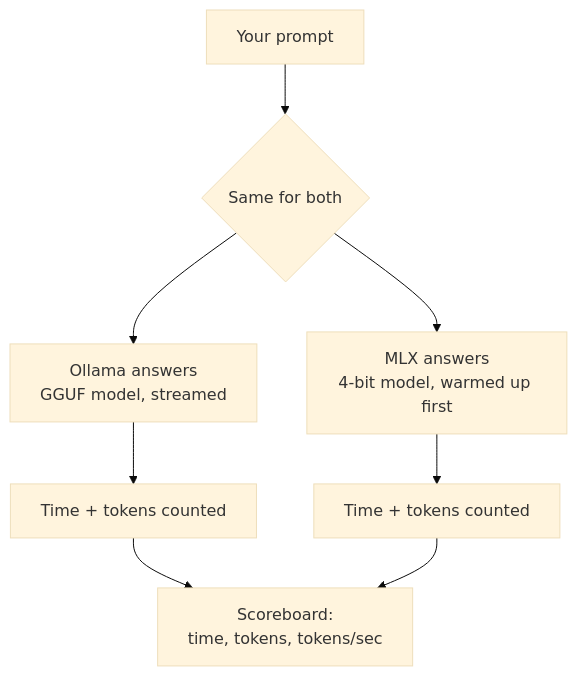
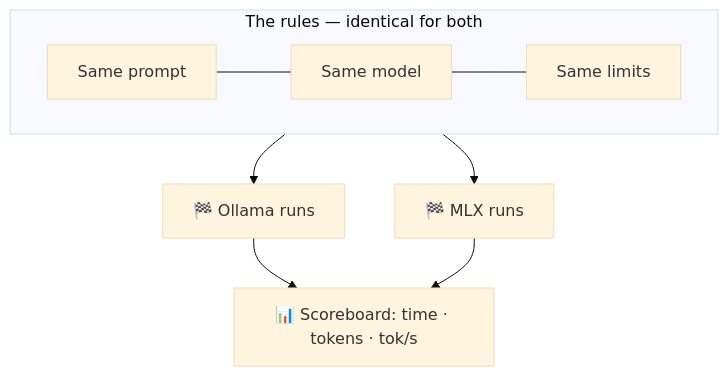
One commit to Rayan-and-beyond/LLM-MLX-Test changed the diagram in README.md. Above: the diagram before and after it, drawn with Mermaid (base theme).

````diff
--- a/README.md
+++ b/README.md
@@ -33,10 +33,11 @@
 ```mermaid
 flowchart TB
-    P[Your prompt] --> SAME{Same for both}
-    SAME --> O[Ollama answers<br/>GGUF model, streamed]
-    SAME --> M[MLX answers<br/>4-bit model, warmed up first]
-    O --> T1[Time + tokens counted]
-    M --> T2[Time + tokens counted]
-    T1 --> S[Scoreboard:<br/>time, tokens, tokens/sec]
-    T2 --> S
+    subgraph Setup [The rules — identical for both]
+        direction LR
+        A[Same prompt] --- B[Same model] --- C[Same limits]
+    end
+    Setup --> O[🏁 Ollama runs]
+    Setup --> M[🏁 MLX runs]
+    O --> S[📊 Scoreboard: time · tokens · tok/s]
+    M --> S
 ```
````
